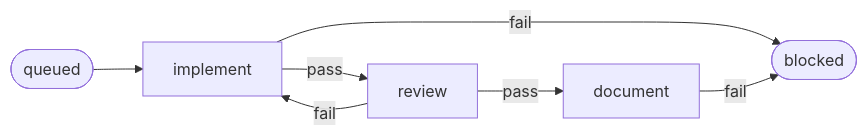
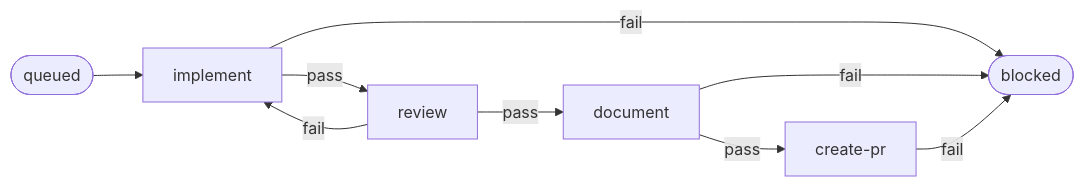
Before and after one commit to marvingygas/spoolway: the third of 4 diagrams in docs/pipelines.md, drawn with Mermaid. The commit also changed other lines of this file and 27 other files, not shown here.

````diff
--- a/docs/pipelines.md
+++ b/docs/pipelines.md
@@ -600,8 +600,9 @@
 ```mermaid
 flowchart LR
   Q([queued]) --> I[implement]
   I -->|pass| R[review]
   R -->|pass| D[document]
+  D -->|pass| C[create-pr]
   R -->|fail| I
-  I & D -->|fail| B([blocked])
+  I & D & C -->|fail| B([blocked])
 ```
````
